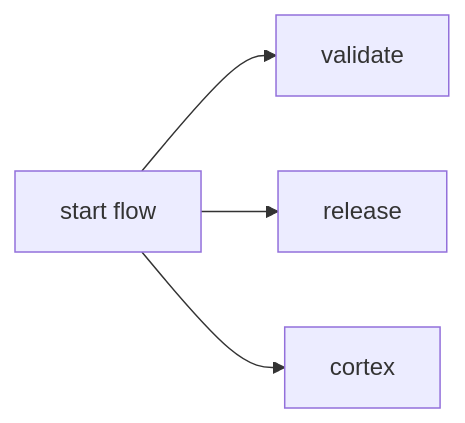
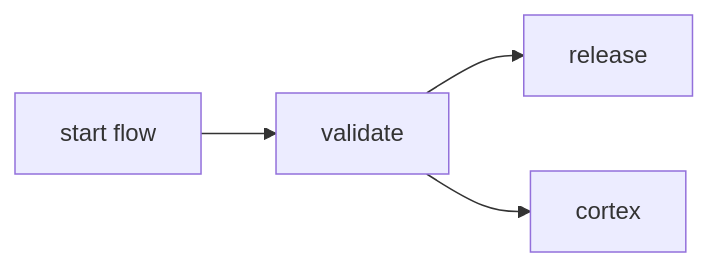
One commit to JupiterOne/.github changed the first of 2 diagrams in .github/workflows/docs/frontend/frontend_npm_release.md. Above: the diagram before and after it, drawn with Mermaid. The commit also changed other lines of this file and 9 other files, not shown here.

````diff
--- a/.github/workflows/docs/frontend/frontend_npm_release.md
+++ b/.github/workflows/docs/frontend/frontend_npm_release.md
@@ -45,11 +45,11 @@
 ```mermaid
 graph LR;
     A[start flow];
     B[validate];
     C[release];
     D[cortex];
 
     A --> B;
-    A --> C;
-    A --> D;
+    B --> C;
+    B --> D;
 ```
````
